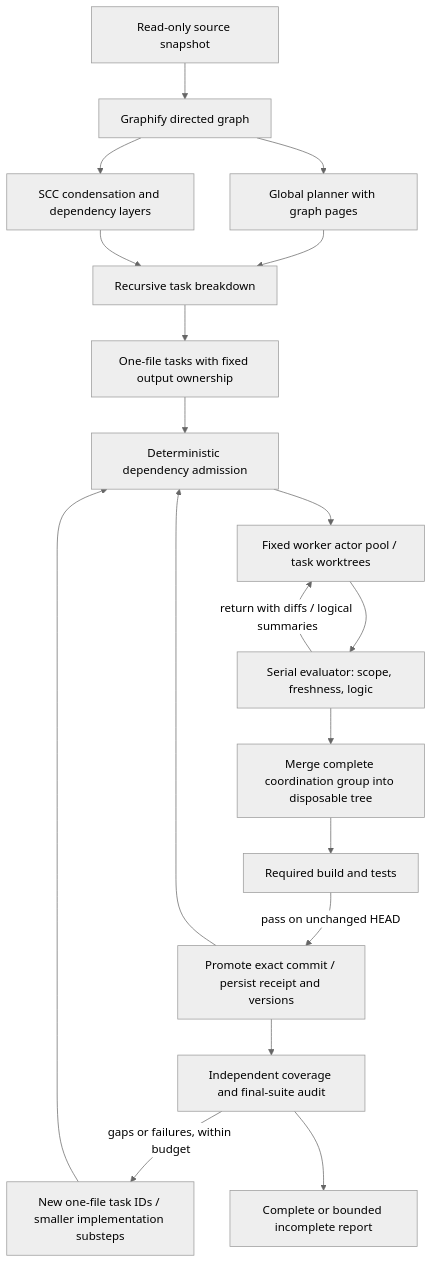
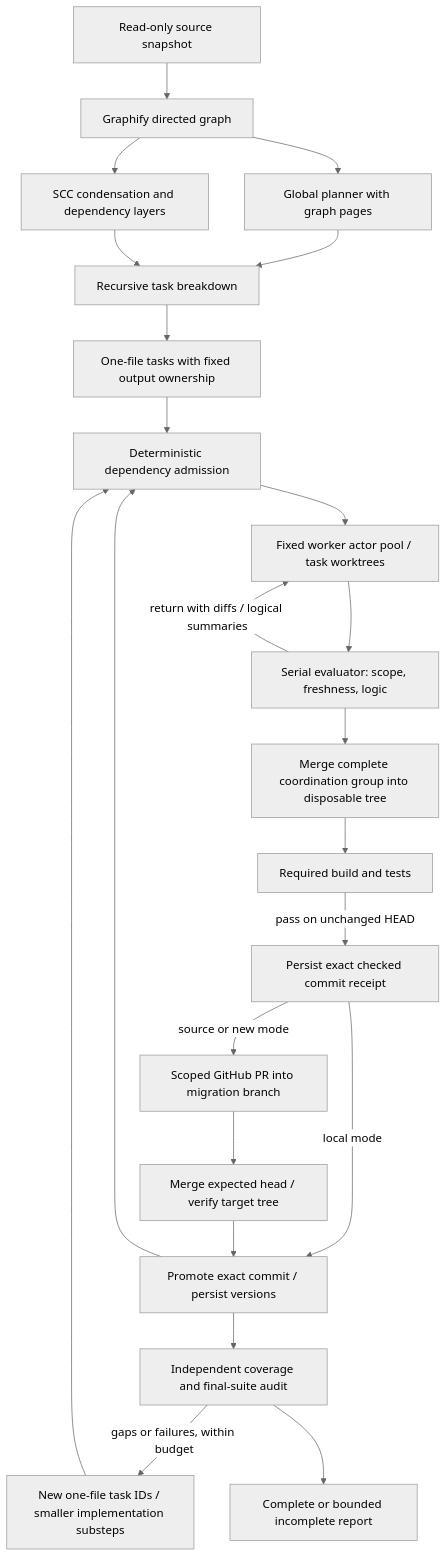
One commit to git-sudo-404/Hensei changed the diagram in docs/architecture.md. Above: the diagram before and after it, drawn with Mermaid (neutral theme). The commit also changed other lines of this file and 11 other files, not shown here.

Commit message:
Publish evaluated migrations through configurable GitHub repositories and PRs

````diff
--- a/docs/architecture.md
+++ b/docs/architecture.md
@@ -3,21 +3,25 @@
 ```mermaid
 flowchart TD
   S[Read-only source snapshot] --> G[Graphify directed graph]
   G --> L[SCC condensation and dependency layers]
   G --> P[Global planner with graph pages]
   P --> D[Recursive task breakdown]
   L --> D
   D --> T[One-file tasks with fixed output ownership]
   T --> Q[Deterministic dependency admission]
   Q --> W[Fixed worker actor pool / task worktrees]
   W --> E[Serial evaluator: scope, freshness, logic]
   E -->|return with diffs / logical summaries| W
   E --> C[Merge complete coordination group into disposable tree]
   C --> B[Required build and tests]
-  B -->|pass on unchanged HEAD| I[Promote exact commit / persist receipt and versions]
+  B -->|pass on unchanged HEAD| H[Persist exact checked commit receipt]
+  H -->|local mode| I[Promote exact commit / persist versions]
+  H -->|source or new mode| PUBLISH[Scoped GitHub PR into migration branch]
+  PUBLISH --> MATCH[Merge expected head / verify target tree]
+  MATCH --> I
   I --> Q
   I --> A[Independent coverage and final-suite audit]
   A -->|gaps or failures, within budget| R[New one-file task IDs / smaller implementation substeps]
   R --> Q
   A --> F[Complete or bounded incomplete report]
 ```
````
